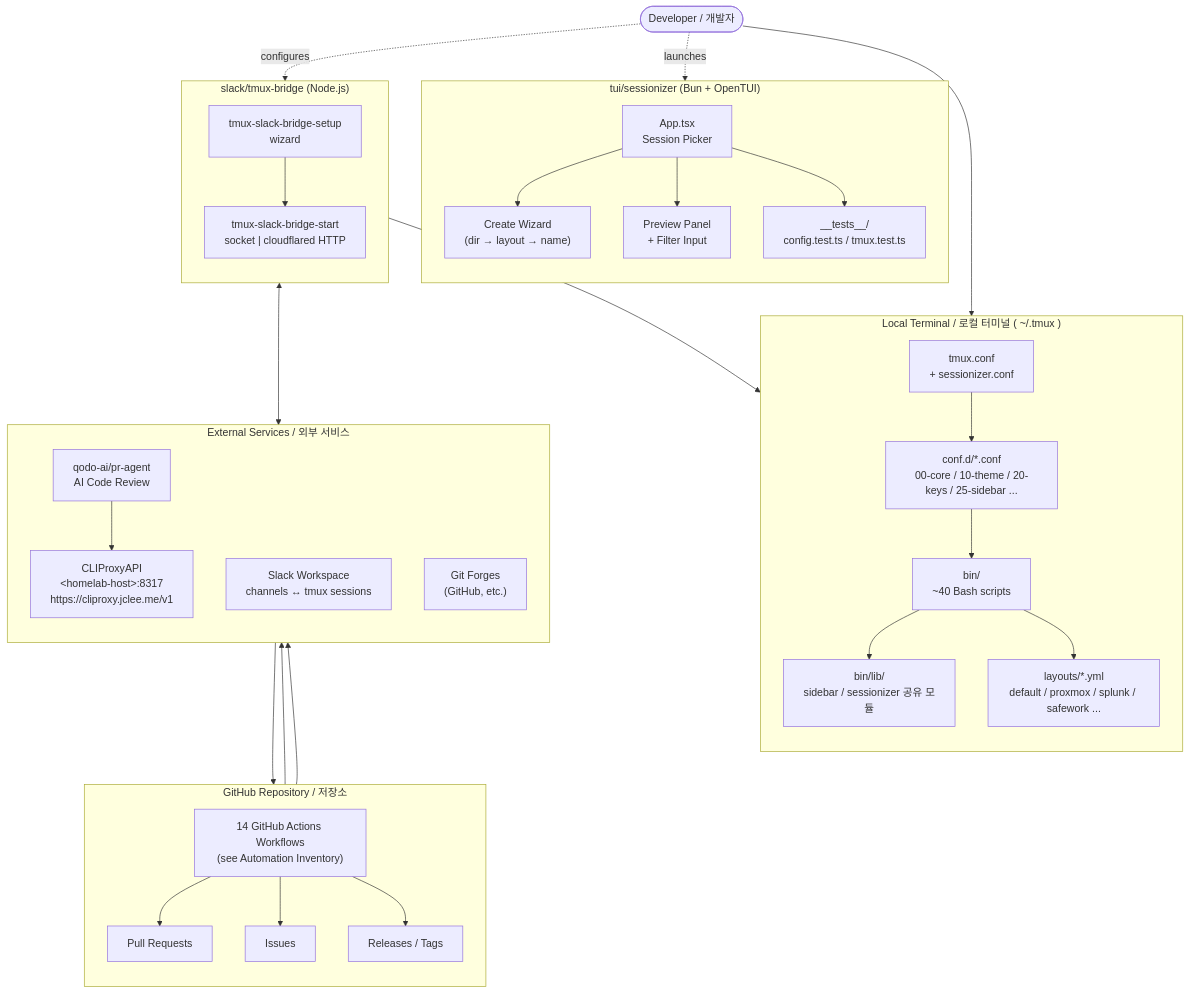
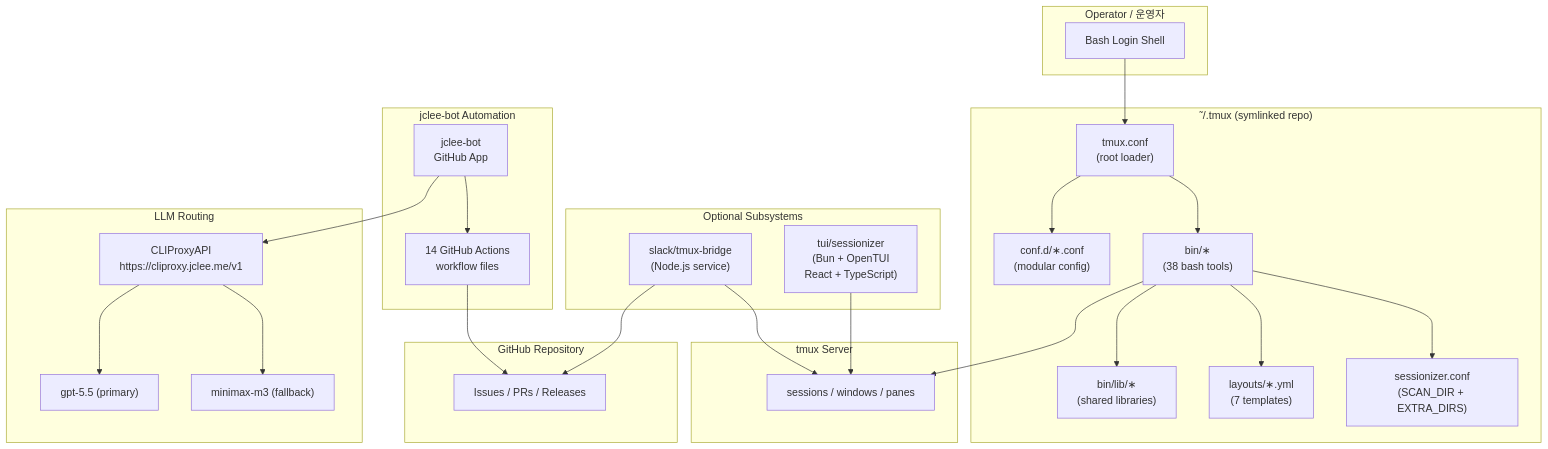
One commit to jclee941/tmux changed the diagram in README.md. Above: the diagram before and after it, drawn with Mermaid. The commit also changed other lines of this file, not shown here.

````diff
--- a/README.md
+++ b/README.md
@@ -215,65 +76,55 @@
 ```mermaid
 flowchart TB
-    User(["Developer / 개발자"])
-
-    subgraph Local["Local Terminal / 로컬 터미널 ( ~/.tmux )"]
-        direction TB
-        TmuxConf["tmux.conf<br/>+ sessionizer.conf"]
-        ConfD["conf.d/*.conf<br/>00-core / 10-theme / 20-keys / 25-sidebar ..."]
-        Bin["bin/<br/>~40 Bash scripts"]
-        Lib["bin/lib/<br/>sidebar / sessionizer 공유 모듈"]
-        Layouts["layouts/*.yml<br/>default / proxmox / splunk / safework ..."]
+    subgraph Operator["Operator / 운영자"]
+        Shell["Bash Login Shell"]
     end
 
-    subgraph TUI["tui/sessionizer (Bun + OpenTUI)"]
-        direction TB
-        App["App.tsx<br/>Session Picker"]
-        Wizard["Create Wizard<br/>(dir → layout → name)"]
-        Preview["Preview Panel<br/>+ Filter Input"]
-        Tests["__tests__/<br/>config.test.ts / tmux.test.ts"]
+    subgraph Dotfiles["&tilde;/.tmux (symlinked repo)"]
+        Conf["tmux.conf<br/>(root loader)"]
+        SubConf["conf.d/&lowast;.conf<br/>(modular config)"]
+        Bin["bin/&lowast;<br/>(38 bash tools)"]
+        Lib["bin/lib/&lowast;<br/>(shared libraries)"]
+        Layouts["layouts/&lowast;.yml<br/>(7 templates)"]
+        SessConf["sessionizer.conf<br/>(SCAN_DIR + EXTRA_DIRS)"]
     end
 
-    subgraph Bridge["slack/tmux-bridge (Node.js)"]
-        direction TB
-        BridgeStart["tmux-slack-bridge-start<br/>socket | cloudflared HTTP"]
-        BridgeSetup["tmux-slack-bridge-setup<br/>wizard"]
+    subgraph Subsystems["Optional Subsystems"]
+        TUI["tui/sessionizer<br/>(Bun + OpenTUI<br/>React + TypeScript)"]
+        Slack["slack/tmux-bridge<br/>(Node.js service)"]
     end
 
-    subgraph GitHub["GitHub Repository / 저장소"]
-        direction TB
-        Actions["14 GitHub Actions Workflows<br/>(see Automation Inventory)"]
-        PRs["Pull Requests"]
-        Issues["Issues"]
-        Releases["Releases / Tags"]
+    subgraph Tmux["tmux Server"]
+        Server["sessions / windows / panes"]
     end
 
-    subgraph External["External Services / 외부 서비스"]
-        direction TB
-        PRAgent["qodo-ai/pr-agent<br/>AI Code Review"]
-        CLIProxy["CLIProxyAPI<br/>&lt;homelab-host&gt;:8317<br/>https://cliproxy.jclee.me/v1"]
-        SlackAPI["Slack Workspace<br/>channels ↔ tmux sessions"]
-        Git["Git Forges<br/>(GitHub, etc.)"]
+    subgraph GitHub["GitHub Repository"]
+        Repo["Issues / PRs / Releases"]
     end
 
-    User --> TmuxConf
-    TmuxConf --> ConfD
-    ConfD --> Bin
+    subgraph BotLayer["jclee-bot Automation"]
+        App["jclee-bot<br/>GitHub App"]
+        WF["14 GitHub Actions<br/>workflow files"]
+    end
+
+    subgraph LLMRouter["LLM Routing"]
+        CLIProxy["CLIProxyAPI<br/>https://cliproxy.jclee.me/v1"]
+        Primary["gpt-5.5 (primary)"]
+        Fallback["minimax-m3 (fallback)"]
+    end
+
+    Shell --> Conf
+    Conf --> SubConf
+    Conf --> Bin
     Bin --> Lib
     Bin --> Layouts
-    User -.launches.-> App
-    App --> Wizard
-    App --> Preview
-    App --> Tests
-    User -.configures.-> BridgeSetup
-    BridgeSetup --> BridgeStart
-    BridgeStart <--> SlackAPI
-    BridgeStart --> TmuxConf
-
-    Actions --> PRs
-    Actions --> Issues
-    Actions --> Releases
-    PRs --> PRAgent
-    PRAgent --> CLIProxy
-    PRAgent --> PRs
-    Actions --> Git
+    Bin --> SessConf
+    Bin --> Server
+    TUI --> Server
+    Slack --> Server
+    Slack --> Repo
+    App --> WF
+    App --> CLIProxy
+    CLIProxy --> Primary
+    CLIProxy --> Fallback
+    WF --> Repo
 ```
````
